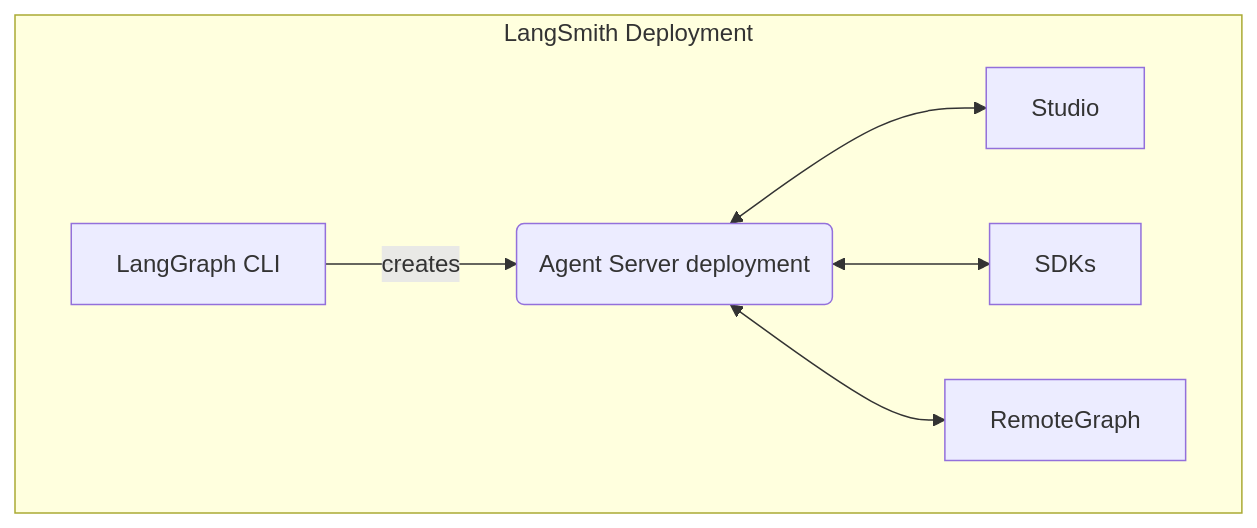
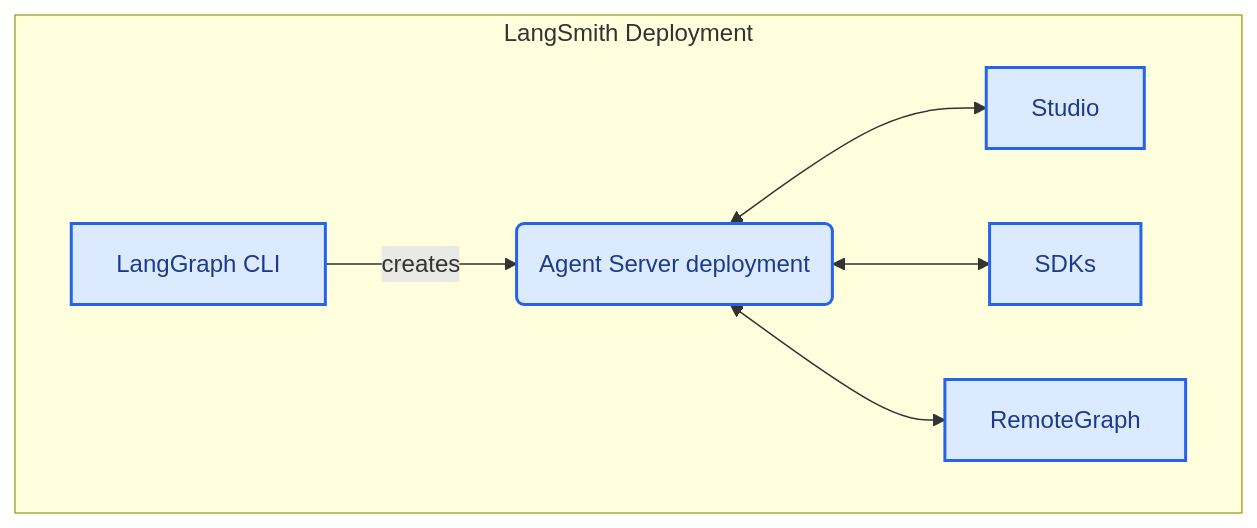
One commit to kunfan96/cndocs-langchain changed the diagram in langsmith/components.mdx. Above: the diagram before and after it, drawn with Mermaid. The commit also changed other lines of this file and 2611 other files, not shown here.

````diff
--- a/langsmith/components.mdx
+++ b/langsmith/components.mdx
@@ -9,9 +10,13 @@
 ```mermaid
 flowchart
     subgraph LangSmith Deployment
         A[LangGraph CLI] -->|creates| B(Agent Server deployment)
         B <--> D[Studio]
         B <--> E[SDKs]
         B <--> F[RemoteGraph]
     end
+
+    classDef process fill:#DBEAFE,stroke:#2563EB,stroke-width:2px,color:#1E3A8A
+
+    class A,B,D,E,F process
 ```
````
